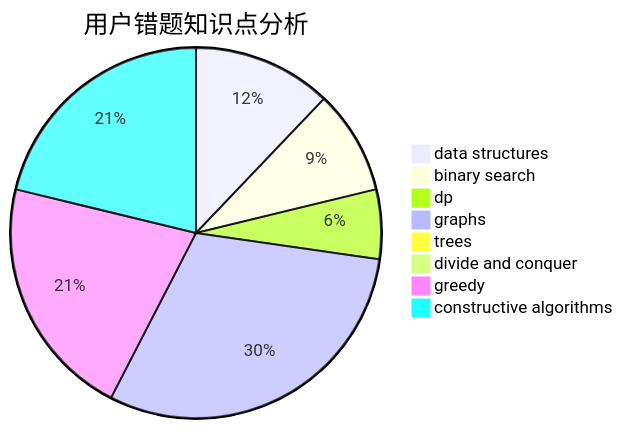
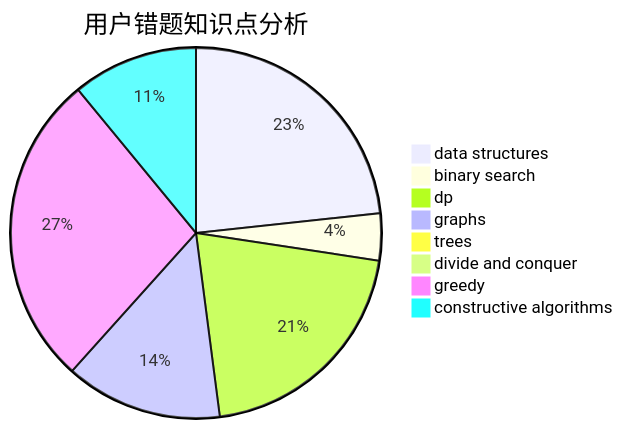
The third of 3 diagrams in docs/user/u18.md (sherpahu/cfrs.github.io), drawn with Mermaid before and after one commit. The commit also changed other lines of this file and 2770 other files, not shown here.

````diff
--- a/docs/user/u18.md
+++ b/docs/user/u18.md
@@ -36,11 +36,11 @@
 ```mermaid
 pie title 用户错题知识点分析
-    "data structures" :  4
+    "data structures" :  17
     "binary search" :  3
-    "dp" :  2
+    "dp" :  15
     "graphs" :  10
     "trees" :  0
     "divide and conquer" :  0
-    "greedy" :  7
-    "constructive algorithms" :  7
+    "greedy" :  20
+    "constructive algorithms" :  8
 ```
````
